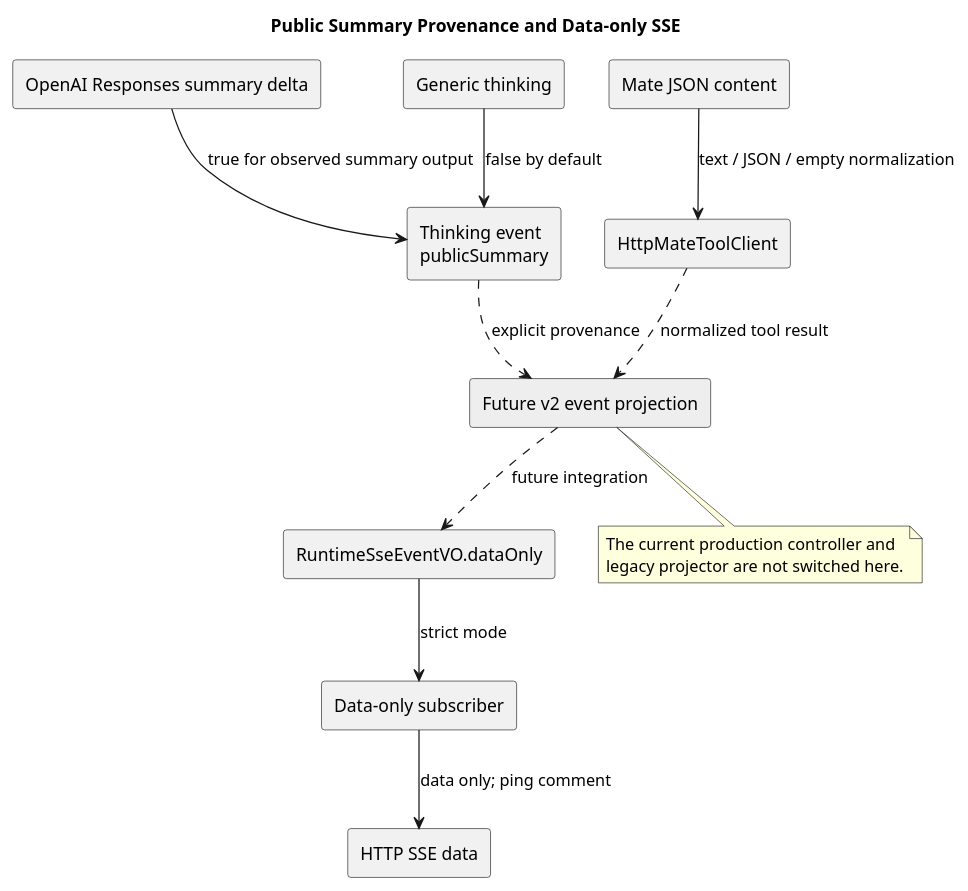
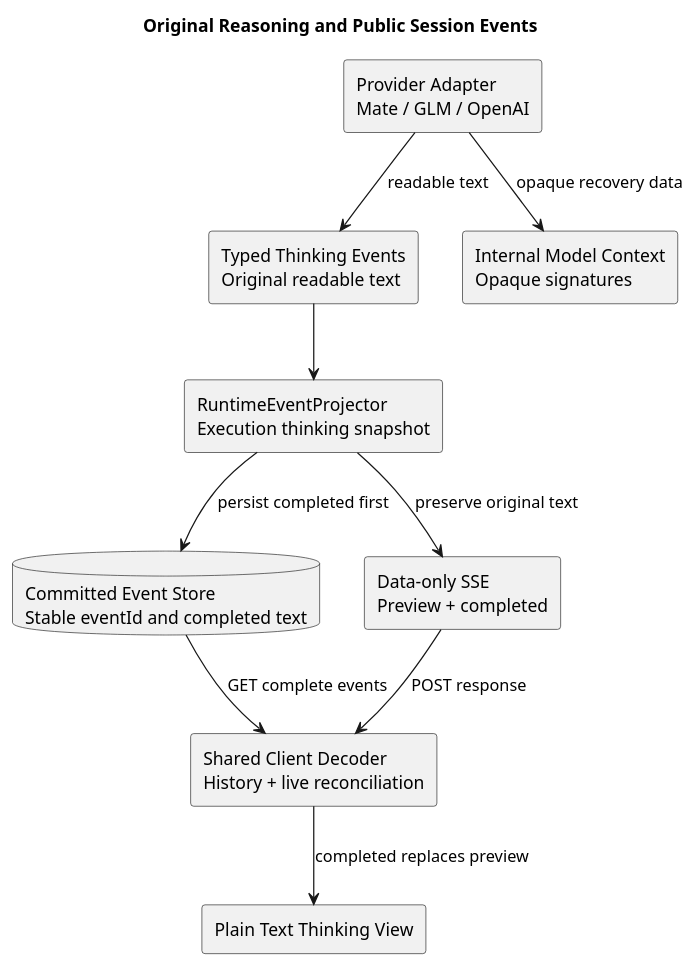
One commit to 2862282695gjh-afk/pi-mono-java changed the diagram in docs/designs/runtime-public-stream/diagram.puml. Above: the diagram before and after it, drawn with PlantUML. The commit also changed 203 other files, not shown here.

```diff
--- a/docs/designs/runtime-public-stream/diagram.puml
+++ b/docs/designs/runtime-public-stream/diagram.puml
@@ -1,38 +1,31 @@
 @startuml public_stream_support
-title Public Summary Provenance and Data-only SSE
-' Observed Java baseline: d9a207779911eb286e1579119fb45a972092efe4
-' Implementation commits: 4687ef06, c0004604, 8bf2f997, 46d3e13e
-' Source: modules/ai/src/main/java/com/campusclaw/ai/provider/openai/OpenAIResponsesProvider.java#applyThinkingDelta
-' Source: modules/ai/src/main/java/com/campusclaw/ai/stream/AssistantMessageEvent.java#ThinkingEndEvent
-' Source: modules/coding-agent-cli/src/main/java/com/campusclaw/codingagent/runtimeapi/vo/RuntimeSseEventVO.java#dataOnly
-' Source: modules/coding-agent-cli/src/main/java/com/campusclaw/codingagent/runtimeapi/web/RuntimeSseEmitterSubscriber.java#onEvent
-' Source: modules/coding-agent-cli/src/main/java/com/campusclaw/codingagent/runtimeapi/event/RuntimeEntryCodec.java#encodedSseBytes
-' Source: modules/coding-agent-cli/src/main/java/com/campusclaw/codingagent/common/client/HttpMateToolClient.java#toToolResult
-' Pi baseline: 5cd93f688aaab89dbb6dfa4aca535f21796ae185
-' Pi source: packages/ai/src/api/openai-responses-shared.ts lines 602 and 685
-' Observed behavior: legacy SSE includes event/id and generic thinking has no public provenance.
-' Design reason: distinguish provider summary output before exposing a public event.
-' Java divergence: strict summary provenance is CampusClaw security hardening.
+title Original Reasoning and Public Session Events
+' Source baseline: pi-mono-java af858b85ad2a5d2894360ce64accfdbe33d1418c.
+' Source: modules/ai/src/main/java/com/campusclaw/ai/provider/mate/MateChatSseParser.java#appendReasoningText,#finishThinking.
+' Source: modules/coding-agent-cli/src/main/java/com/campusclaw/codingagent/runtimeapi/event/RuntimeV2EventProjector.java#projectThinking,#persistThinking.
+' Source: frontend/src/runtime/protocol.ts#decodeEvent and eventStore.ts#executionState.
+' Pi baseline: 5cd93f688aaab89dbb6dfa4aca535f21796ae185, packages/ai/src/types.ts#AssistantMessageEvent.
+' Observed behavior: typed reasoning retains readable text separately from opaque signatures.
+' Design reason: preserve model text while sharing complete events between live output and history.
+' Java divergence: public event identity and durable storage are CampusClaw architecture changes.
+' Target changes in this patch: remove the provenance gate and rename RuntimeV2EventProjector.
+top to bottom direction
 skinparam componentStyle rectangle
-component "OpenAI Responses summary delta" as summary
-component "Generic thinking" as generic
-component "Thinking event\npublicSummary" as thinking
-component "Future v2 event projection" as projection #EEEEEE
-component "RuntimeSseEventVO.dataOnly" as frame
-component "Data-only subscriber" as subscriber
-component "HTTP SSE data" as wire
-component "Mate JSON content" as mate
-component "HttpMateToolClient" as client
-mate --> client : text / JSON / empty normalization
-client ..> projection : normalized tool result
-summary --> thinking : true for observed summary output
-generic --> thinking : false by default
-thinking ..> projection : explicit provenance
-projection ..> frame : future integration
-frame --> subscriber : strict mode
-subscriber --> wire : data only; ping comment
-note bottom of projection
-The current production controller and
-legacy projector are not switched here.
-end note
+skinparam shadowing false
+component "Provider Adapter\nMate / GLM / OpenAI" as provider
+component "Typed Thinking Events\nOriginal readable text" as thinking
+component "RuntimeEventProjector\nExecution thinking snapshot" as projector
+database "Committed Event Store\nStable eventId and completed text" as history
+component "Data-only SSE\nPreview + completed" as stream
+component "Shared Client Decoder\nHistory + live reconciliation" as decoder
+component "Plain Text Thinking View" as view
+component "Internal Model Context\nOpaque signatures" as context
+provider --> thinking : readable text
+provider --> context : opaque recovery data
+thinking --> projector
+projector --> history : persist completed first
+projector --> stream : preserve original text
+history --> decoder : GET complete events
+stream --> decoder : POST response
+decoder --> view : completed replaces preview
 @enduml
```
